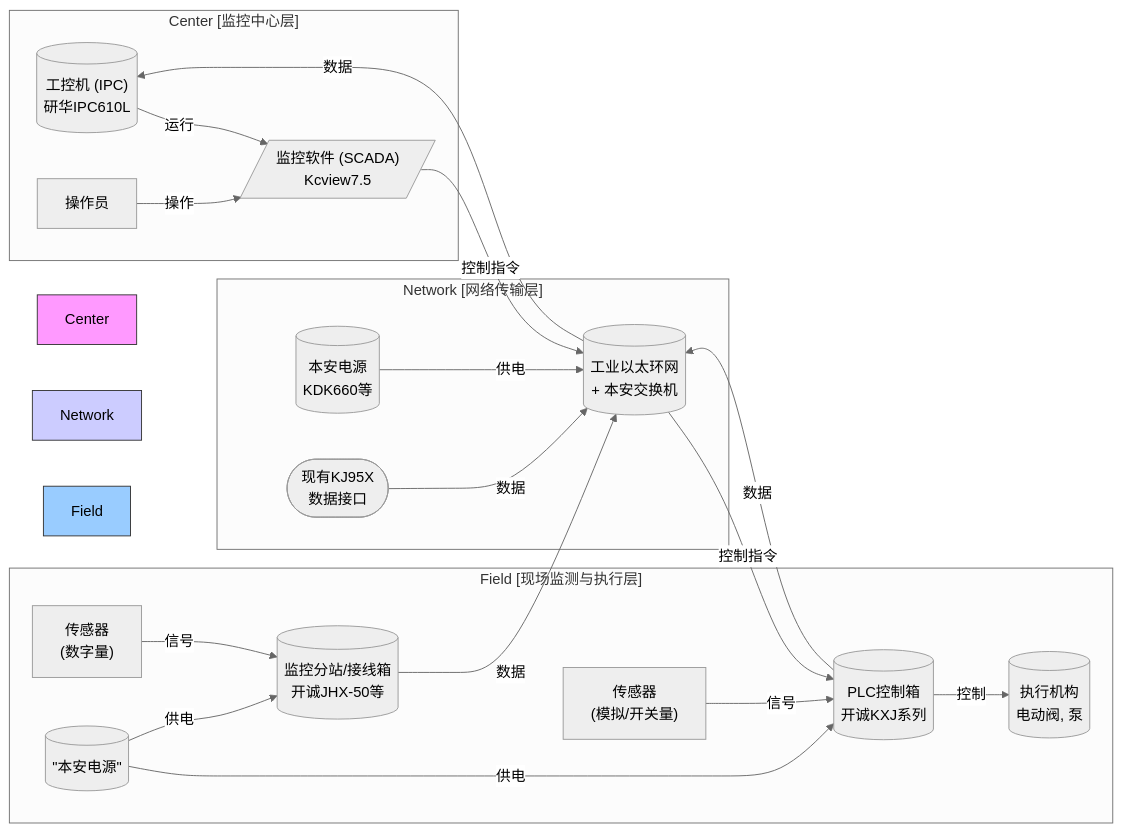
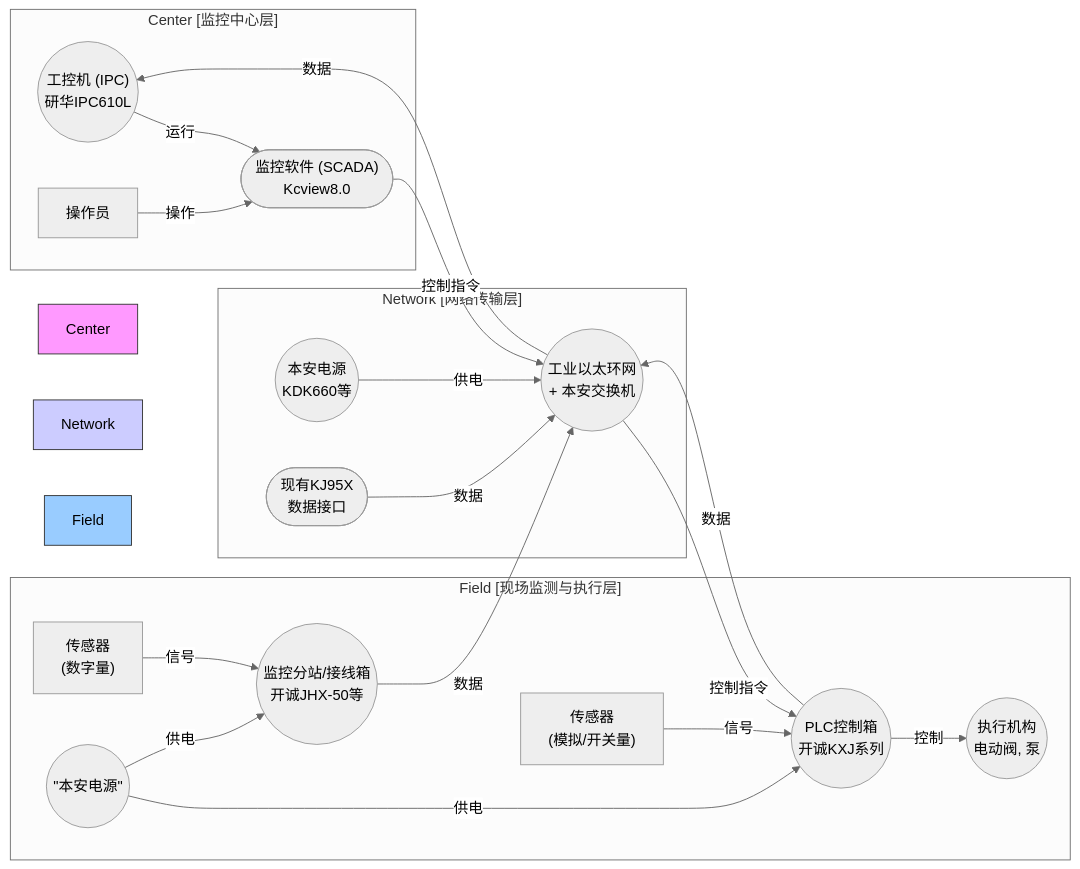
The diagram in all/未命名-1.md (kcylp/iodraw-files), drawn with Mermaid (neutral theme) before and after one commit.

Commit message:
2025-04-18 16:41:52 update

````diff
--- a/all/未命名-1.md
+++ b/all/未命名-1.md
@@ -1,45 +1,45 @@
 ```mermaid
 graph LR
     subgraph "Center [监控中心层]"
-        IPC[("&quot;工控机 (IPC)<br/>研华IPC610L&quot;")]
-        SCADA[/"&quot;监控软件 (SCADA)<br/>Kcview7.5&quot;"/]
+        IPC(("&quot;工控机 (IPC)<br/>研华IPC610L&quot;"))
+        SCADA(["&quot;监控软件 (SCADA)<br/>Kcview8.0&quot;"])
         Operator[操作员]
     end
 
     subgraph "Network [网络传输层]"
-        Switch[("&quot;工业以太环网<br/>+ 本安交换机&quot;")]
-        PowerNet[("&quot;本安电源<br/>KDK660等&quot;")]
+        Switch(("&quot;工业以太环网<br/>+ 本安交换机&quot;"))
+        PowerNet(("&quot;本安电源<br/>KDK660等&quot;"))
         KJ95X_Data(["&quot;现有KJ95X<br/>数据接口&quot;"])
     end
 
     subgraph "Field [现场监测与执行层]"
         SensorsA["传感器<br/>(模拟/开关量)"]
         SensorsD["传感器<br/>(数字量)"]
-        PLC[("&quot;PLC控制箱<br/>开诚KXJ系列&quot;")]
-        Substation[("&quot;监控分站/接线箱<br/>开诚JHX-50等&quot;")]
-        Actuators[("&quot;执行机构<br/>电动阀, 泵&quot;")]
-        PowerField[("&quot;本安电源&quot;")]
+        PLC(("&quot;PLC控制箱<br/>开诚KXJ系列&quot;"))
+        Substation(("&quot;监控分站/接线箱<br/>开诚JHX-50等&quot;"))
+        Actuators(("&quot;执行机构<br/>电动阀, 泵&quot;"))
+        PowerField(("&quot;本安电源&quot;"))
     end
 
     SensorsA -- 信号 --> PLC
     SensorsD -- 信号 --> Substation
     PLC -- 数据 --> Switch
     Substation -- 数据 --> Switch
     KJ95X_Data -- 数据 --> Switch
     Switch -- 数据 --> IPC
 
     Operator -- 操作 --> SCADA
     IPC -- 运行 --> SCADA
     SCADA -- 控制指令 --> Switch
     Switch -- 控制指令 --> PLC
     PLC -- 控制 --> Actuators
 
     PowerField -- 供电 --> PLC
     PowerField -- 供电 --> Substation
     PowerNet -- 供电 --> Switch
 
     style Center fill:#f9f,stroke:#333,stroke-width:1px
     style Network fill:#ccf,stroke:#333,stroke-width:1px
     style Field fill:#9cf,stroke:#333,stroke-width:1px
 
 ```
````
